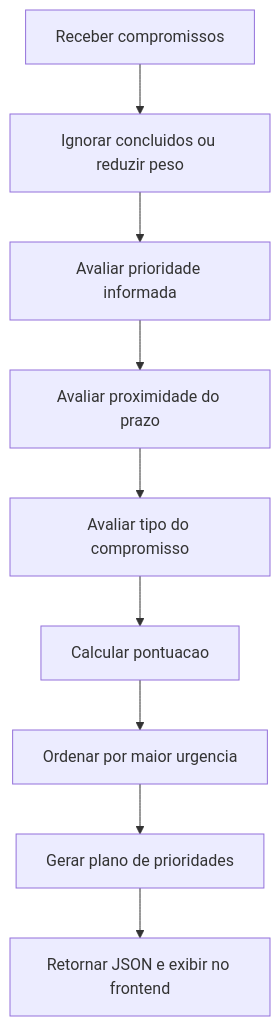
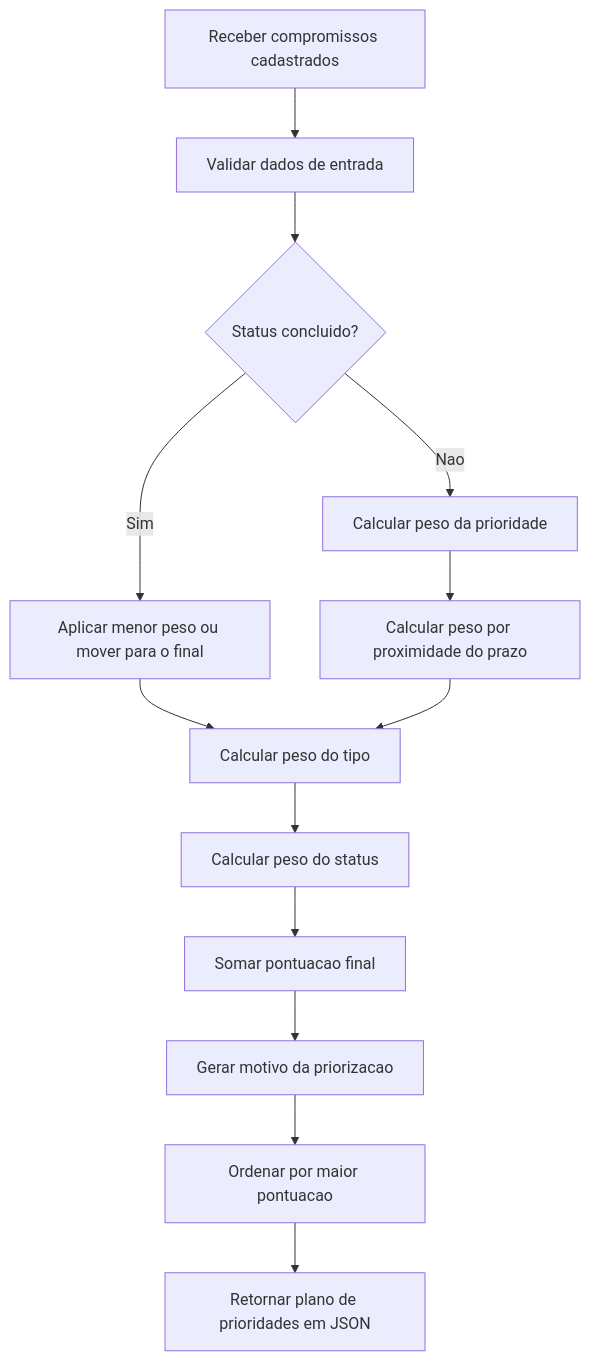
The diagram in docs/diagrams/fluxo-priorizacao.mmd (jrcosta/sctec-ia-para-devs-semana-8), drawn with Mermaid before and after one commit. The commit also changed 4 other files, not shown here.

Commit message:
docs: document AgendaEdu architecture

```diff
--- a/docs/diagrams/fluxo-priorizacao.mmd
+++ b/docs/diagrams/fluxo-priorizacao.mmd
@@ -1,9 +1,14 @@
 flowchart TD
-    A[Receber compromissos] --> B[Ignorar concluidos ou reduzir peso]
-    B --> C[Avaliar prioridade informada]
-    C --> D[Avaliar proximidade do prazo]
-    D --> E[Avaliar tipo do compromisso]
-    E --> F[Calcular pontuacao]
-    F --> G[Ordenar por maior urgencia]
-    G --> H[Gerar plano de prioridades]
-    H --> I[Retornar JSON e exibir no frontend]
+    Start[Receber compromissos cadastrados] --> Validate[Validar dados de entrada]
+    Validate --> FilterDone{Status concluido?}
+    FilterDone -->|Sim| LowWeight[Aplicar menor peso ou mover para o final]
+    FilterDone -->|Nao| PriorityWeight[Calcular peso da prioridade]
+
+    LowWeight --> TypeWeight[Calcular peso do tipo]
+    PriorityWeight --> DeadlineWeight[Calcular peso por proximidade do prazo]
+    DeadlineWeight --> TypeWeight
+    TypeWeight --> StatusWeight[Calcular peso do status]
+    StatusWeight --> Score[Somar pontuacao final]
+    Score --> Reason[Gerar motivo da priorizacao]
+    Reason --> Sort[Ordenar por maior pontuacao]
+    Sort --> Response[Retornar plano de prioridades em JSON]
```
